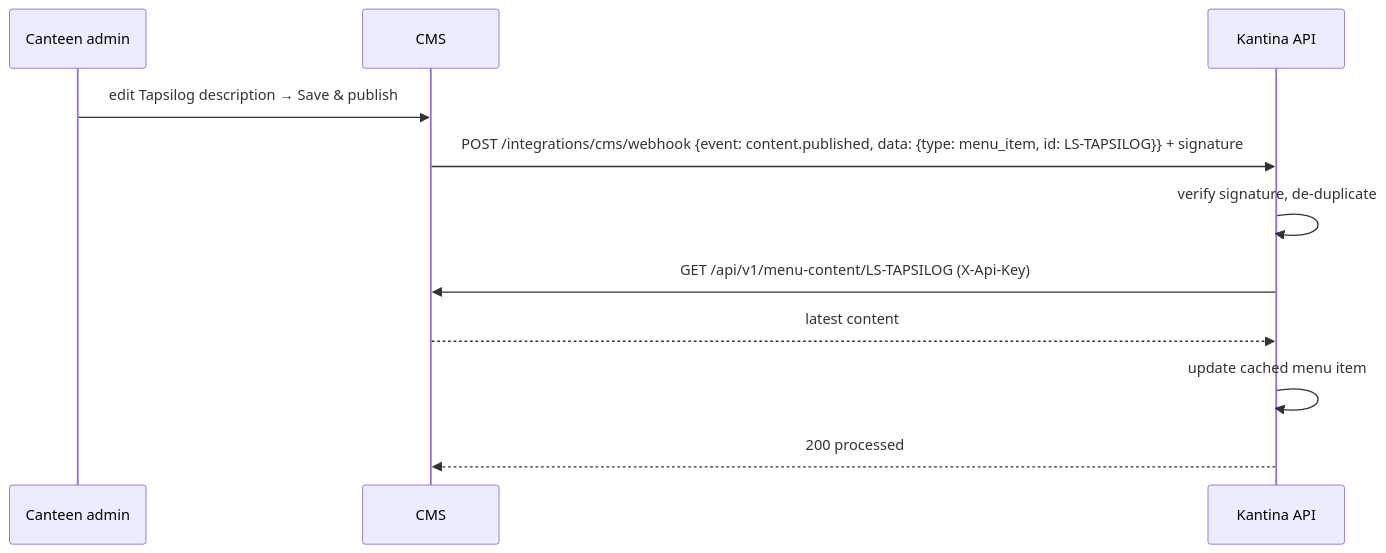
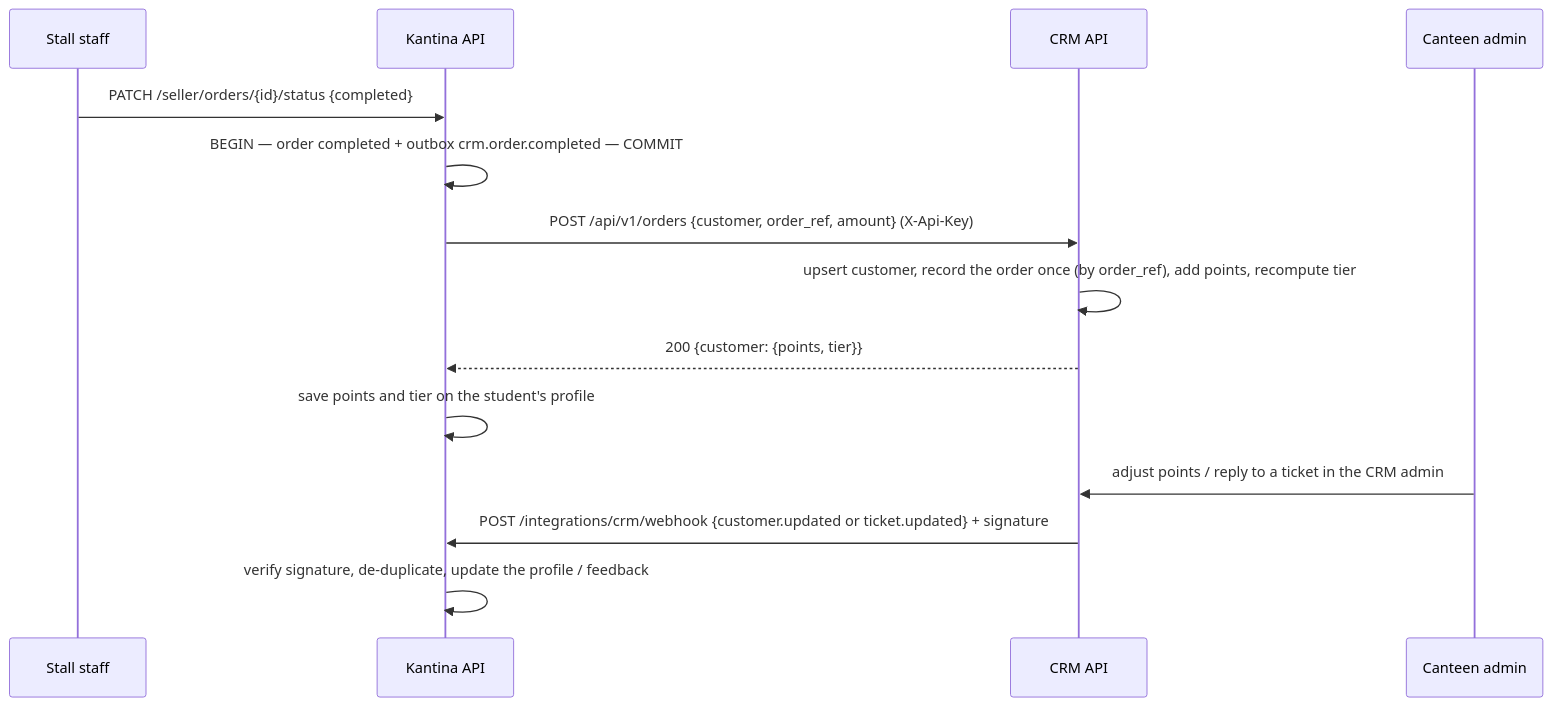
Before and after one commit to ShaneValerie/IP-Project-Kantina-Group5: the third of 3 diagrams in docs/ARCHITECTURE.md, drawn with Mermaid. The commit also changed other lines of this file and 4 other files, not shown here.

Commit message:
UPDATE: replace the CMS with the CRM in the smoke test, README, API reference, OpenAPI spec and architecture notes

````diff
--- a/docs/ARCHITECTURE.md
+++ b/docs/ARCHITECTURE.md
@@ -129,13 +129,16 @@
 ```mermaid
 sequenceDiagram
+  participant T as Stall staff
+  participant K as Kantina API
+  participant C as CRM API
   participant A as Canteen admin
-  participant C as CMS
-  participant K as Kantina API
-  A->>C: edit Tapsilog description → Save & publish
-  C->>K: POST /integrations/cms/webhook {event: content.published, data: {type: menu_item, id: LS-TAPSILOG}} + signature
-  K->>K: verify signature, de-duplicate
-  K->>C: GET /api/v1/menu-content/LS-TAPSILOG (X-Api-Key)
-  C-->>K: latest content
-  K->>K: update cached menu item
-  K-->>C: 200 processed
+  T->>K: PATCH /seller/orders/{id}/status {completed}
+  K->>K: BEGIN — order completed + outbox crm.order.completed — COMMIT
+  K->>C: POST /api/v1/orders {customer, order_ref, amount} (X-Api-Key)
+  C->>C: upsert customer, record the order once (by order_ref), add points, recompute tier
+  C-->>K: 200 {customer: {points, tier}}
+  K->>K: save points and tier on the student's profile
+  A->>C: adjust points / reply to a ticket in the CRM admin
+  C->>K: POST /integrations/crm/webhook {customer.updated or ticket.updated} + signature
+  K->>K: verify signature, de-duplicate, update the profile / feedback
 ```
````
